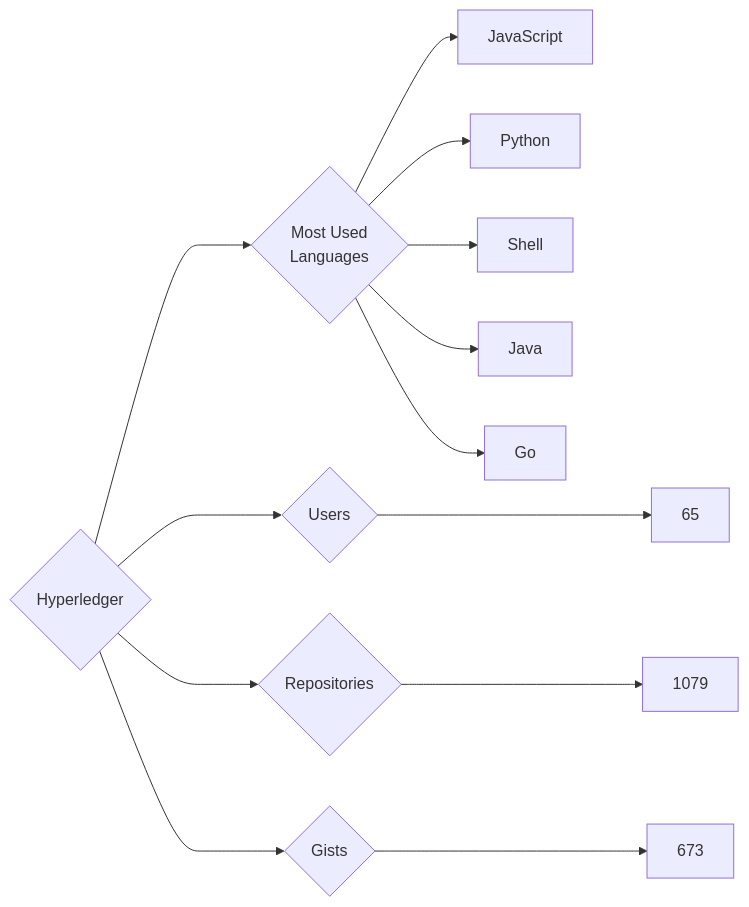
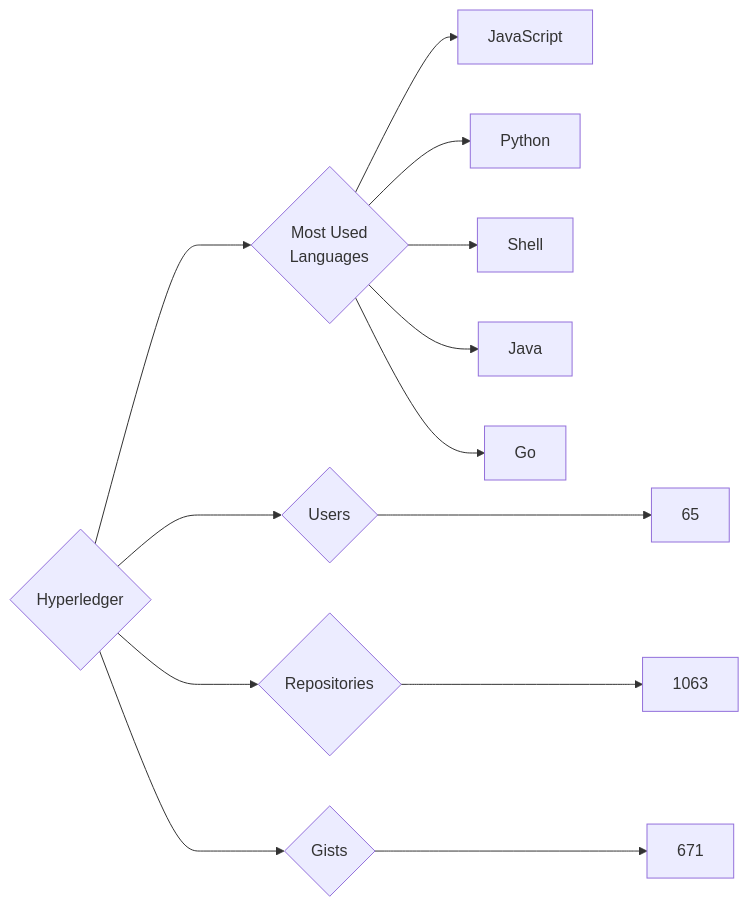
The diagram in targets/Hyperledger/README.md (trickest/insiders), drawn with Mermaid before and after one commit. The commit also changed 826 other files, not shown here.

````diff
--- a/targets/Hyperledger/README.md
+++ b/targets/Hyperledger/README.md
@@ -3,13 +3,13 @@
 ```mermaid
 graph LR
 COMPANY_NAME{Hyperledger}
 COMPANY_NAME ---> U{Users} ---> UN[65]
-COMPANY_NAME ---> R{Repositories} ---> RN[1079]
-COMPANY_NAME ---> G{Gists} ---> GN[673]
+COMPANY_NAME ---> R{Repositories} ---> RN[1063]
+COMPANY_NAME ---> G{Gists} ---> GN[671]
 COMPANY_NAME ---> ML{Most Used<br>Languages}
 ML --> JavaScript[JavaScript]
 ML --> Python[Python]
 ML --> Shell[Shell]
 ML --> Java[Java]
 ML --> Go[Go]
 ```
````
